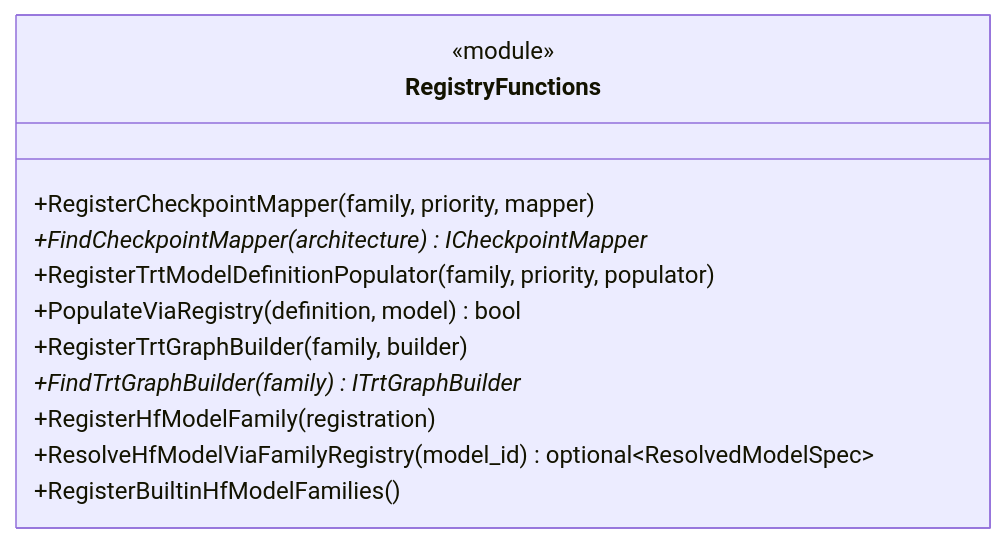
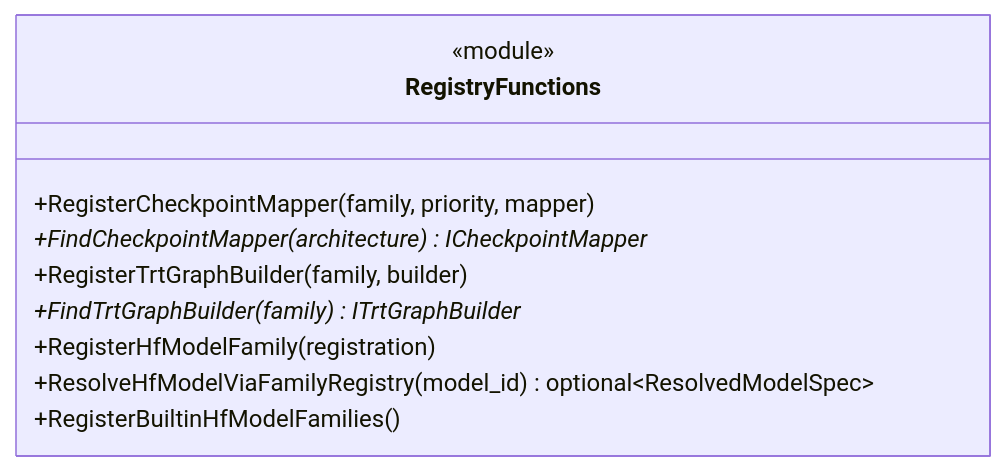
The fifth of 8 diagrams in docs/wiki/Static-Design.md (AbishekCoder1/TensorRT-Model-Connect), drawn with Mermaid before and after one commit. The commit also changed other lines of this file and 76 other files, not shown here.

````diff
--- a/docs/wiki/Static-Design.md
+++ b/docs/wiki/Static-Design.md
@@ -340,15 +304,13 @@
 ```mermaid
 classDiagram
     class RegistryFunctions {
         <<module>>
         +RegisterCheckpointMapper(family, priority, mapper)
         +FindCheckpointMapper(architecture) ICheckpointMapper*
-        +RegisterTrtModelDefinitionPopulator(family, priority, populator)
-        +PopulateViaRegistry(definition, model) bool
         +RegisterTrtGraphBuilder(family, builder)
         +FindTrtGraphBuilder(family) ITrtGraphBuilder*
         +RegisterHfModelFamily(registration)
         +ResolveHfModelViaFamilyRegistry(model_id) optional~ResolvedModelSpec~
         +RegisterBuiltinHfModelFamilies()
     }
 ```
````
